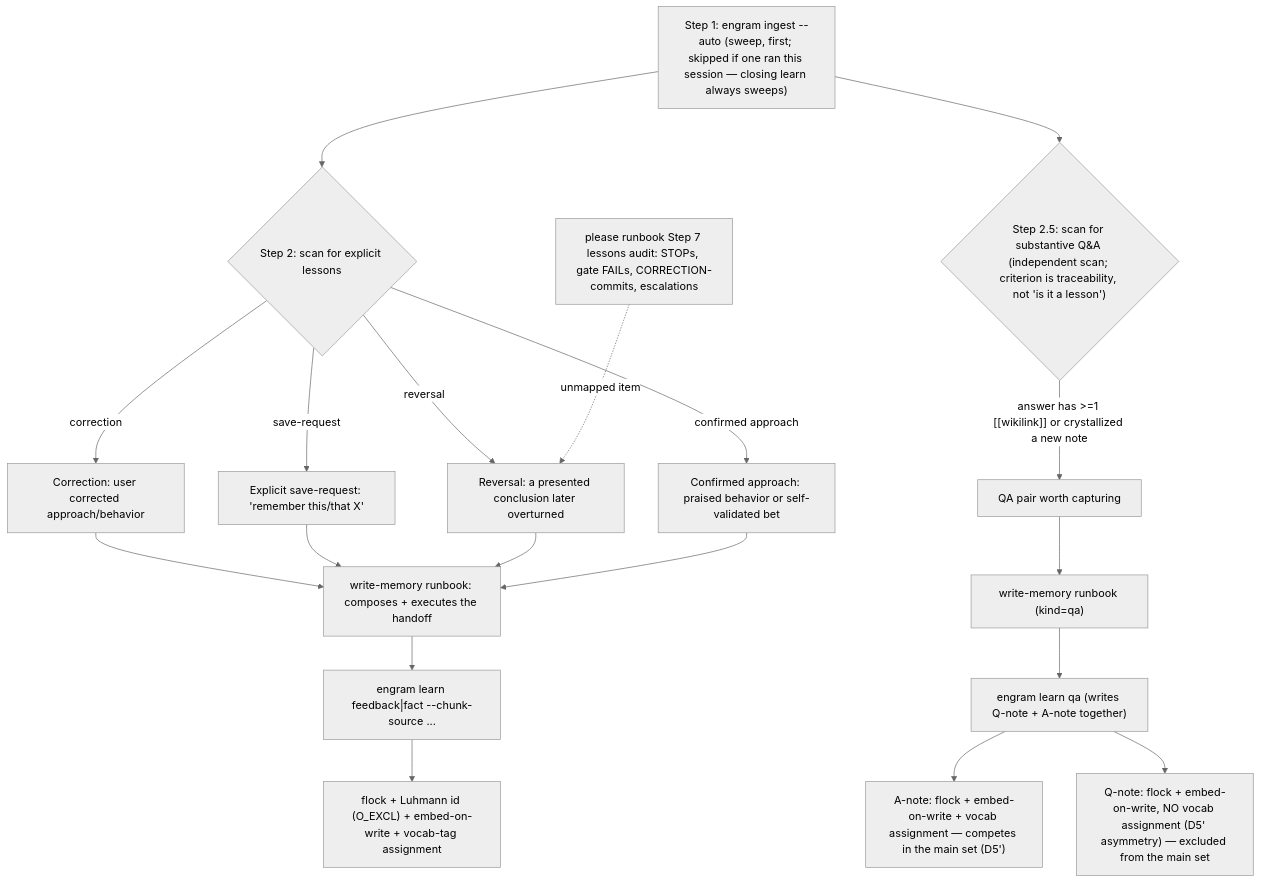
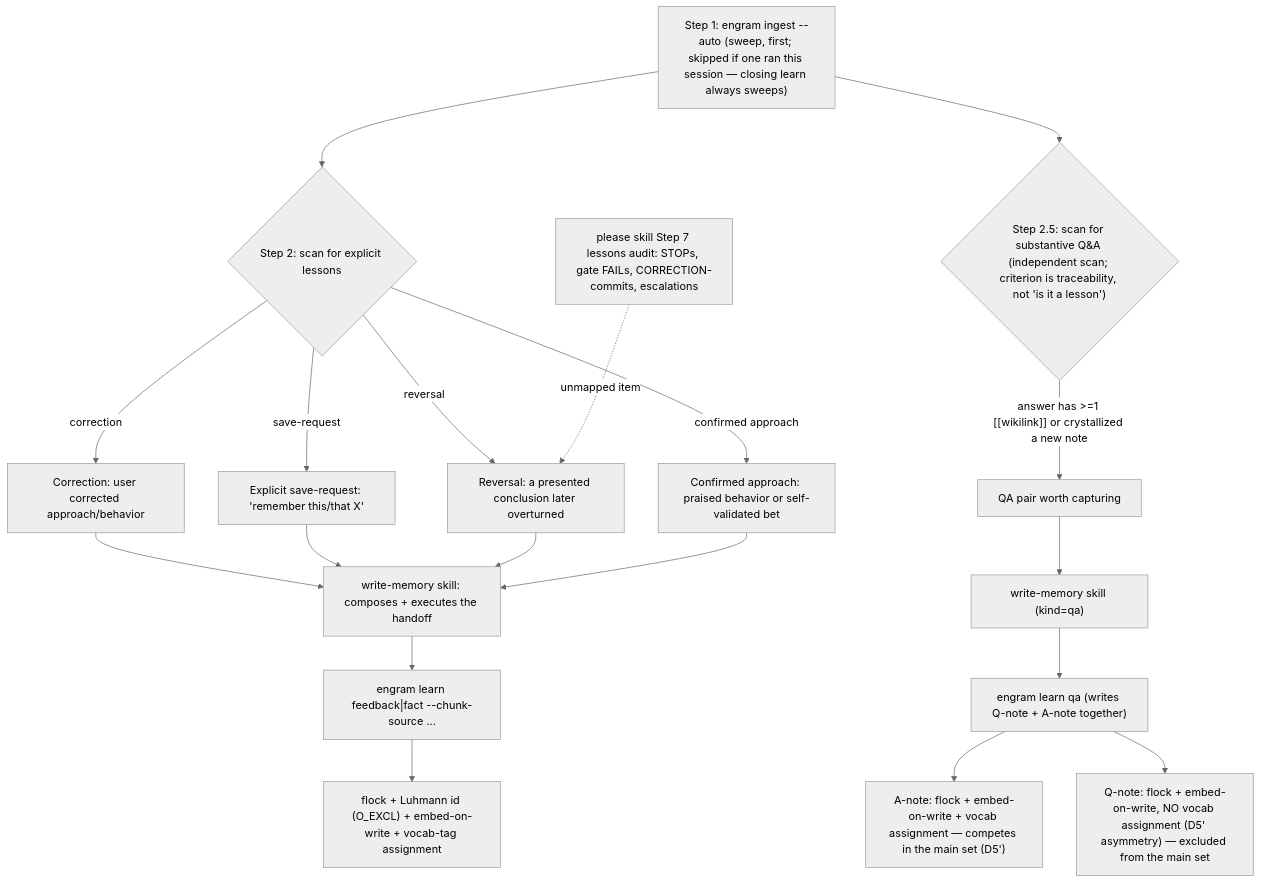
One commit to toejough/engram changed the sixth of 8 diagrams in docs/architecture/c2-containers.md. Above: the diagram before and after it, drawn with Mermaid (neutral theme). The commit also changed other lines of this file and 10 other files, not shown here.

````diff
--- a/docs/architecture/c2-containers.md
+++ b/docs/architecture/c2-containers.md
@@ -210,24 +210,24 @@
 ```mermaid
 flowchart TD
     S["Step 1: engram ingest --auto (sweep, first; skipped if one ran this session — closing learn always sweeps)"] --> S2{"Step 2: scan for explicit lessons"}
     S --> S25{"Step 2.5: scan for substantive Q&A (independent scan; criterion is traceability, not 'is it a lesson')"}
     S2 -->|correction| CORR["Correction: user corrected approach/behavior"]
     S2 -->|save-request| SAVE["Explicit save-request: 'remember this/that X'"]
     S2 -->|reversal| REV["Reversal: a presented conclusion later overturned"]
     S2 -->|confirmed approach| CONF["Confirmed approach: praised behavior or self-validated bet"]
     S25 -->|"answer has >=1 [[wikilink]] or crystallized a new note"| QAK["QA pair worth capturing"]
-    P7["please runbook Step 7 lessons audit: STOPs, gate FAILs, CORRECTION-commits, escalations"] -.->|"unmapped item"| REV
+    P7["please skill Step 7 lessons audit: STOPs, gate FAILs, CORRECTION-commits, escalations"] -.->|"unmapped item"| REV
 
-    CORR --> WM["write-memory runbook: composes + executes the handoff"]
+    CORR --> WM["write-memory skill: composes + executes the handoff"]
     SAVE --> WM
     REV --> WM
     CONF --> WM
-    QAK --> WMQ["write-memory runbook (kind=qa)"]
+    QAK --> WMQ["write-memory skill (kind=qa)"]
 
     WM --> L["engram learn feedback|fact --chunk-source ..."]
     WMQ --> LQ["engram learn qa (writes Q-note + A-note together)"]
 
     L --> CV["flock + Luhmann id (O_EXCL) + embed-on-write + vocab-tag assignment"]
     LQ --> CA["A-note: flock + embed-on-write + vocab assignment — competes in the main set (D5')"]
     LQ --> CQ["Q-note: flock + embed-on-write, NO vocab assignment (D5' asymmetry) — excluded from the main set"]
 ```
````
